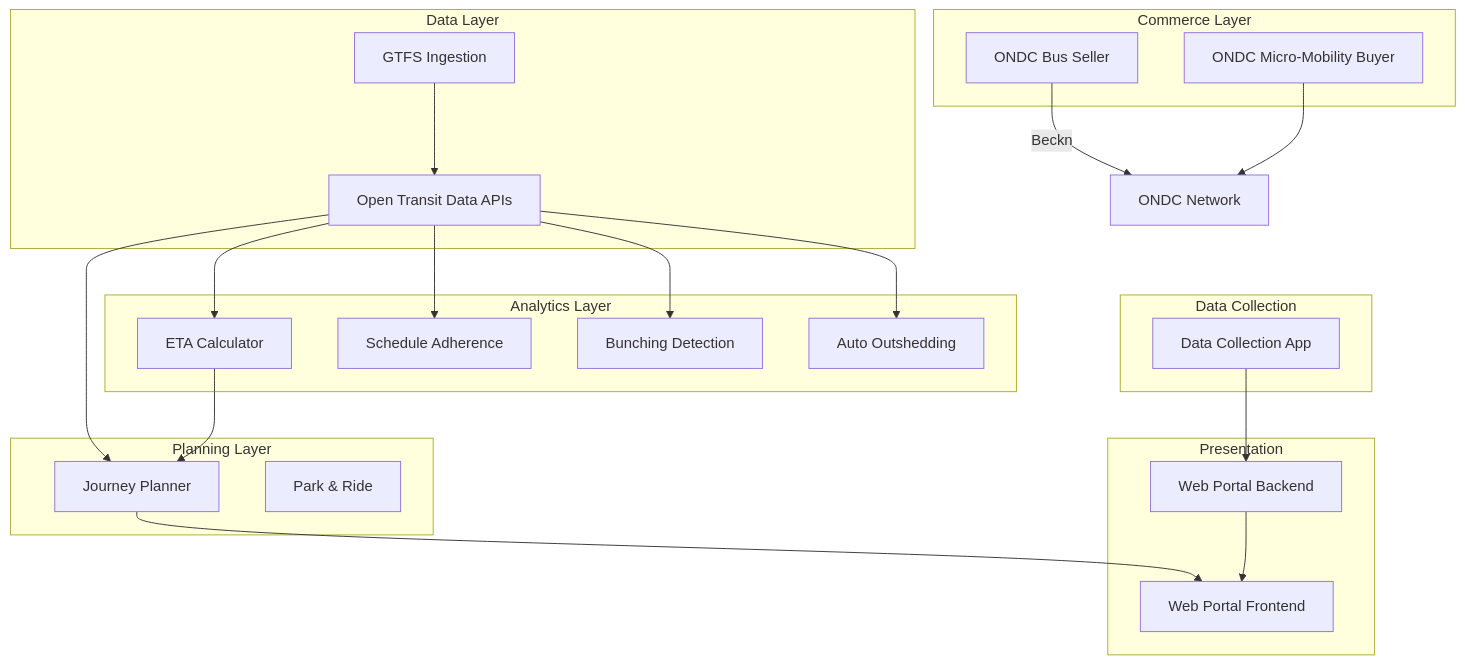
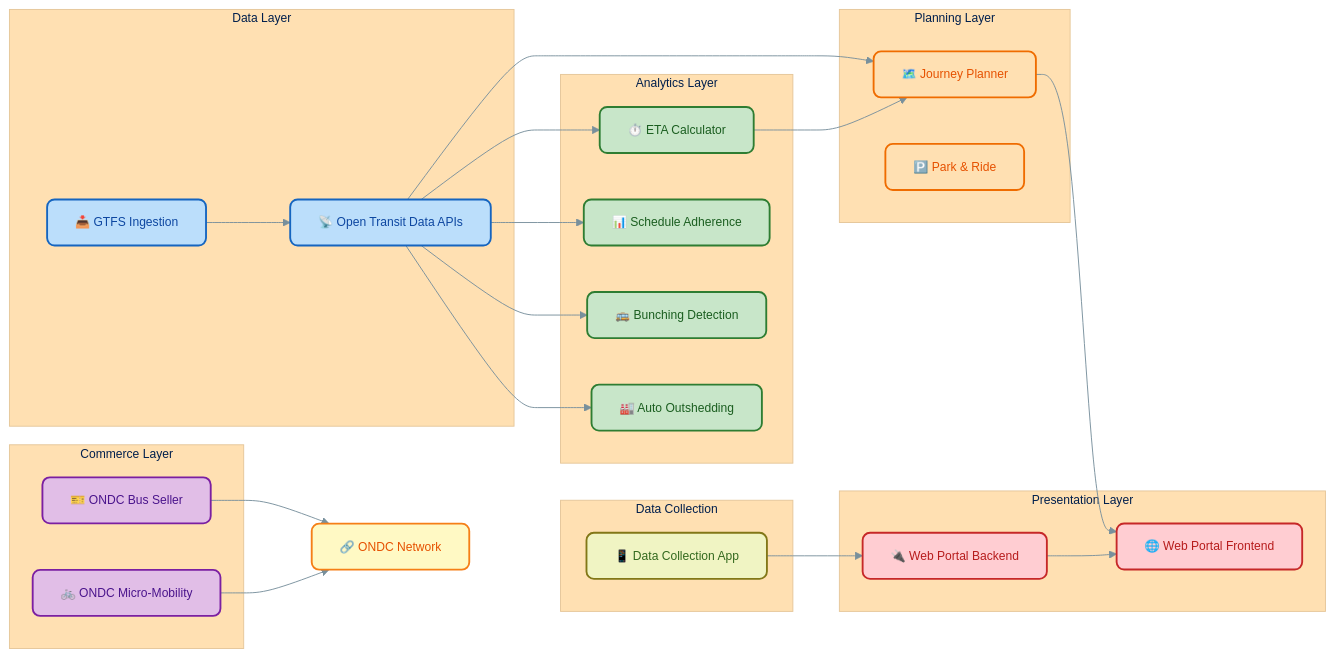
Before and after one commit to transport-stack/wiki-transport-stack: the second of 4 diagrams in docs/architecture/overview.md, drawn with Mermaid. The commit also changed other lines of this file, not shown here.

Commit message:
docs: add color themes, icons, and styled shapes to all Mermaid diagrams

````diff
--- a/docs/architecture/overview.md
+++ b/docs/architecture/overview.md
@@ -90,46 +89,57 @@
 ```mermaid
-graph TD
+%%{init: {'theme': 'base', 'themeVariables': { 'primaryColor': '#bbdefb', 'primaryTextColor': '#0d47a1', 'primaryBorderColor': '#1976d2', 'lineColor': '#78909c', 'secondaryColor': '#c8e6c9', 'tertiaryColor': '#ffe0b2', 'quaternaryColor': '#e1bee7', 'fontFamily': 'Inter, sans-serif', 'fontSize': '13px' }}}%%
+graph LR
+    classDef data fill:#bbdefb,stroke:#1565c0,stroke-width:2px,color:#0d47a1,rx:8px,ry:8px
+    classDef analytics fill:#c8e6c9,stroke:#2e7d32,stroke-width:2px,color:#1b5e20,rx:8px,ry:8px
+    classDef planning fill:#ffe0b2,stroke:#ef6c00,stroke-width:2px,color:#e65100,rx:8px,ry:8px
+    classDef commerce fill:#e1bee7,stroke:#7b1fa2,stroke-width:2px,color:#4a148c,rx:8px,ry:8px
+    classDef presentation fill:#ffcdd2,stroke:#c62828,stroke-width:2px,color:#b71c1c,rx:8px,ry:8px
+    classDef collection fill:#f0f4c3,stroke:#827717,stroke-width:2px,color:#33691e,rx:8px,ry:8px
+    classDef external fill:#fff9c4,stroke:#f57f17,stroke-width:2px,color:#e65100,rx:8px,ry:8px
+
     subgraph "Data Layer"
-        OTD[Open Transit Data APIs]
-        GTFS[GTFS Ingestion]
+        OTD["📡 Open Transit Data APIs"]:::data
+        GTFS["📥 GTFS Ingestion"]:::data
     end
 
     subgraph "Analytics Layer"
-        ETA[ETA Calculator]
-        SA[Schedule Adherence]
-        BB[Bunching Detection]
-        AO[Auto Outshedding]
+        ETA["⏱️ ETA Calculator"]:::analytics
+        SA["📊 Schedule Adherence"]:::analytics
+        BB["🚌 Bunching Detection"]:::analytics
+        AO["🏭 Auto Outshedding"]:::analytics
     end
 
     subgraph "Planning Layer"
-        JP[Journey Planner]
-        PNR[Park & Ride]
+        JP["🗺️ Journey Planner"]:::planning
+        PNR["🅿️ Park & Ride"]:::planning
     end
 
     subgraph "Commerce Layer"
-        ONDC_S[ONDC Bus Seller]
-        ONDC_B[ONDC Micro-Mobility Buyer]
+        ONDC_S["🎫 ONDC Bus Seller"]:::commerce
+        ONDC_B["🚲 ONDC Micro-Mobility"]:::commerce
     end
 
-    subgraph "Presentation"
-        PORTAL_FE[Web Portal Frontend]
-        PORTAL_BE[Web Portal Backend]
+    subgraph "Presentation Layer"
+        PORTAL_FE["🌐 Web Portal Frontend"]:::presentation
+        PORTAL_BE["🔌 Web Portal Backend"]:::presentation
     end
 
     subgraph "Data Collection"
-        DC[Data Collection App]
+        DC["📱 Data Collection App"]:::collection
     end
+
+    ONDC_NET["🔗 ONDC Network"]:::external
 
     GTFS --> OTD
     OTD --> ETA
     OTD --> JP
     OTD --> SA
     OTD --> BB
     OTD --> AO
     ETA --> JP
     JP --> PORTAL_FE
-    ONDC_S -->|Beckn| ONDC_NET[ONDC Network]
+    ONDC_S --> ONDC_NET
     ONDC_B --> ONDC_NET
     DC --> PORTAL_BE
     PORTAL_BE --> PORTAL_FE
 ```
````
